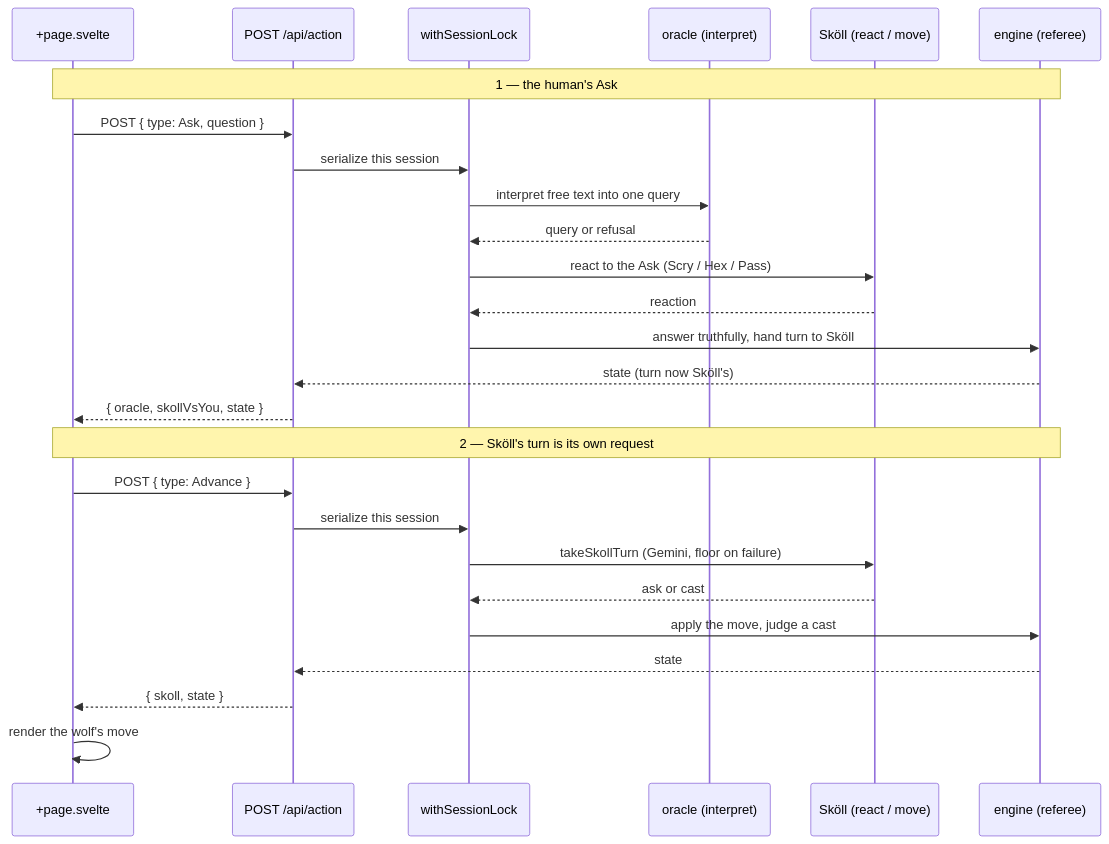
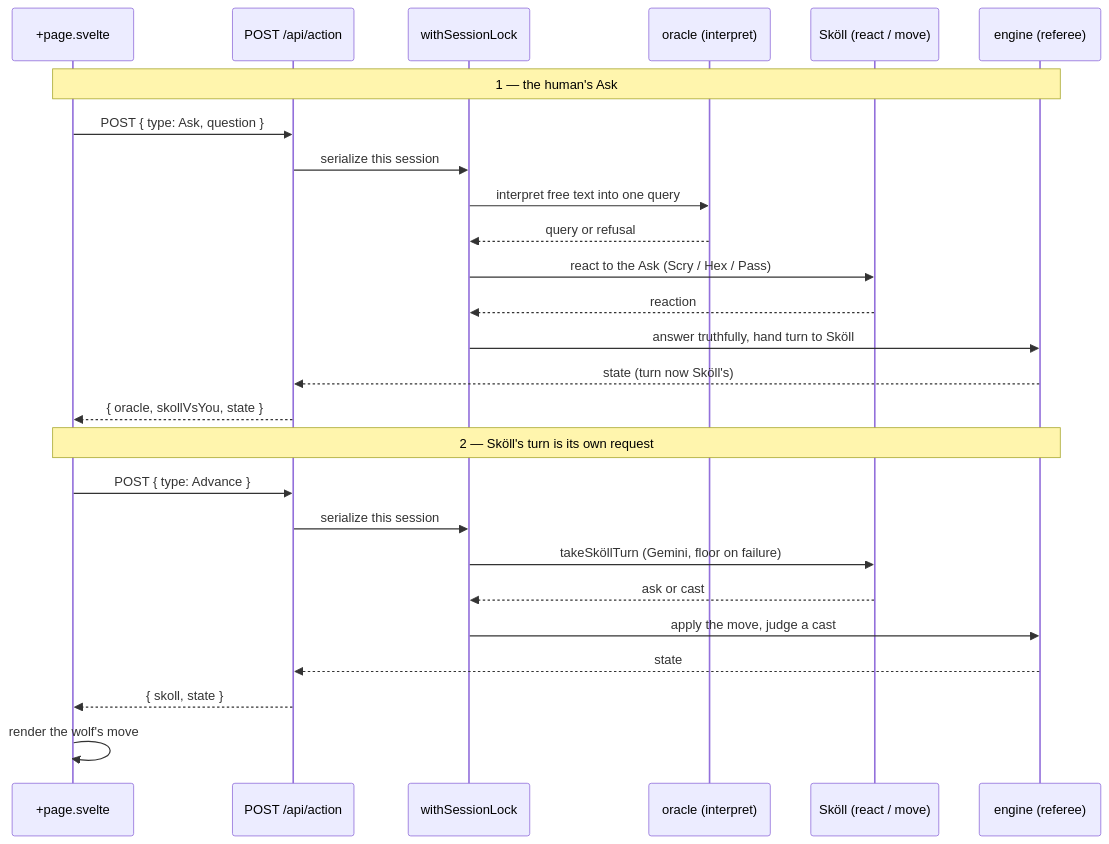
One commit to anchildress1/save-the-sun changed the second of 5 diagrams in docs/architecture.md. Above: the diagram before and after it, drawn with Mermaid. The commit also changed other lines of this file and 37 other files, not shown here.

````diff
--- a/docs/architecture.md
+++ b/docs/architecture.md
@@ -78,33 +79,33 @@
 ```mermaid
 sequenceDiagram
     accTitle: Turn and Advance flow
     accDescr: A human Ask is one POST that the Oracle interprets and Sköll reacts to under a per-session lock. Sköll's own move is a separate Advance POST the client fires afterward.
 
     participant Page as +page.svelte
     participant Action as POST /api/action
     participant Lock as withSessionLock
     participant Oracle as oracle (interpret)
-    participant Skoll as Sköll (react / move)
+    participant Sköll as Sköll (react / move)
     participant Engine as engine (referee)
 
     Note over Page,Engine: 1 — the human's Ask
     Page->>Action: POST { type: Ask, question }
     Action->>Lock: serialize this session
     Lock->>Oracle: interpret free text into one query
     Oracle-->>Lock: query or refusal
-    Lock->>Skoll: react to the Ask (Scry / Hex / Pass)
-    Skoll-->>Lock: reaction
+    Lock->>Sköll: react to the Ask (Scry / Hex / Pass)
+    Sköll-->>Lock: reaction
     Lock->>Engine: answer truthfully, hand turn to Sköll
     Engine-->>Action: state (turn now Sköll's)
     Action-->>Page: { oracle, skollVsYou, state }
 
     Note over Page,Engine: 2 — Sköll's turn is its own request
     Page->>Action: POST { type: Advance }
     Action->>Lock: serialize this session
-    Lock->>Skoll: takeSkollTurn (Gemini, floor on failure)
-    Skoll-->>Lock: ask or cast
+    Lock->>Sköll: takeSköllTurn (Gemini, floor on failure)
+    Sköll-->>Lock: ask or cast
     Lock->>Engine: apply the move, judge a cast
     Engine-->>Action: state
     Action-->>Page: { skoll, state }
     Page->>Page: render the wolf's move
 ```
````
